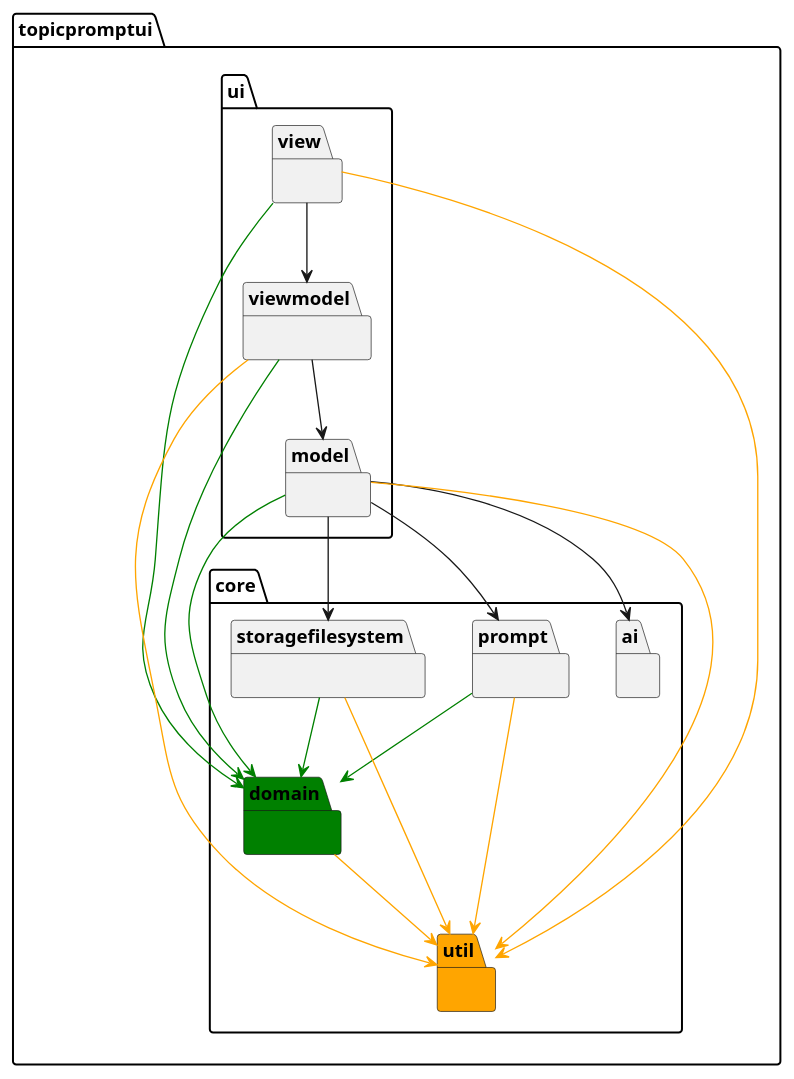
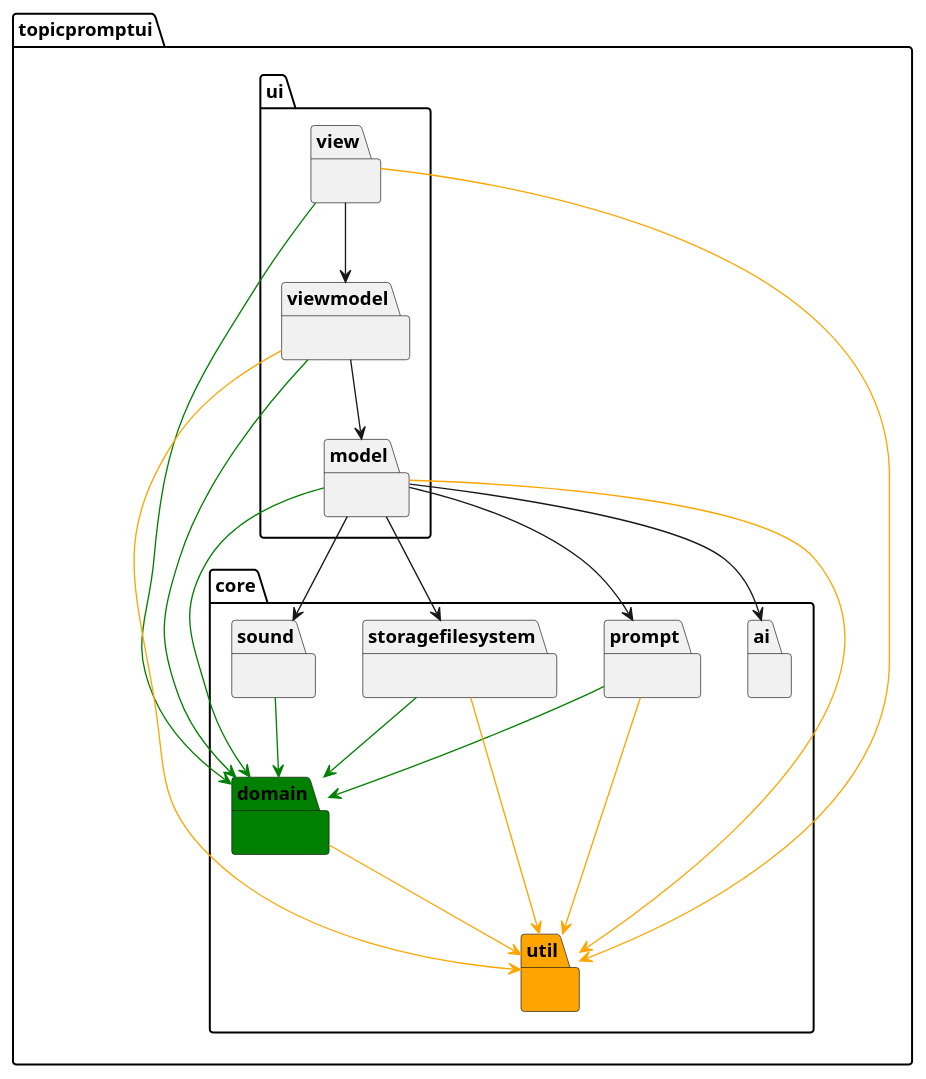
The diagram in docs/package-layer-dependencies.puml (Aleks-Ya/topic-prompt-ui), drawn with PlantUML before and after one commit. The commit also changed 11 other files, not shown here.

Commit message:
Move "sound" package to "core"

```diff
--- a/docs/package-layer-dependencies.puml
+++ b/docs/package-layer-dependencies.puml
@@ -1,38 +1,41 @@
 @startuml
 'https://plantuml.com/class-diagram
 
 package topicpromptui {
     package core {
         package ai {}
         package prompt {}
+        package sound {}
         package util #orange {}
         package domain #green {}
         package storagefilesystem {}
     }
     package ui {
         package model {}
         package view {}
         package viewmodel {}
     }
 }
 
 ' Arrows into domain are green, arrows into util are orange, to make the
 ' two widely-shared leaf packages easy to trace across the layers.
 view --> viewmodel
 view -[#green]-> domain
 view -[#orange]-> util
 viewmodel --> model
 viewmodel -[#green]-> domain
 viewmodel -[#orange]-> util
 model --> ai
 model --> prompt
+model --> sound
 model --> storagefilesystem
 model -[#green]-> domain
 model -[#orange]-> util
 prompt -[#green]-> domain
 prompt -[#orange]-> util
+sound -[#green]-> domain
 storagefilesystem -[#green]-> domain
 storagefilesystem -[#orange]-> util
 domain -[#orange]-> util
 
 @enduml
```
